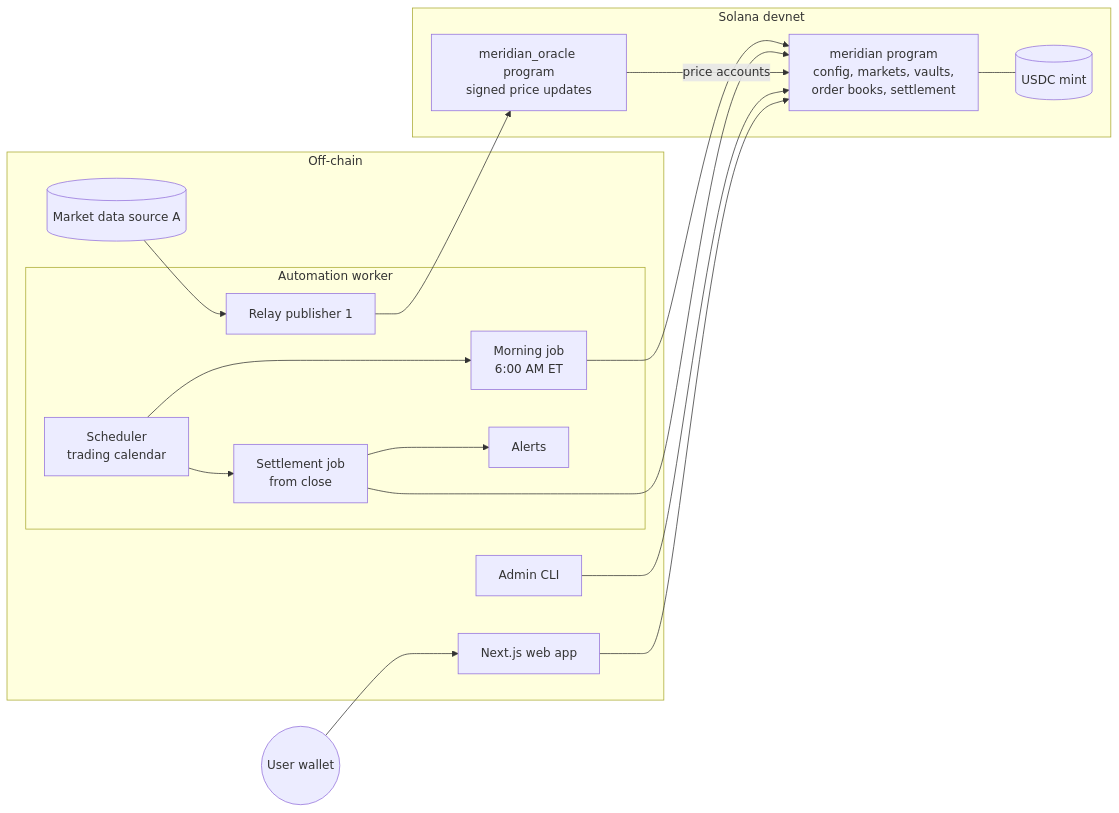
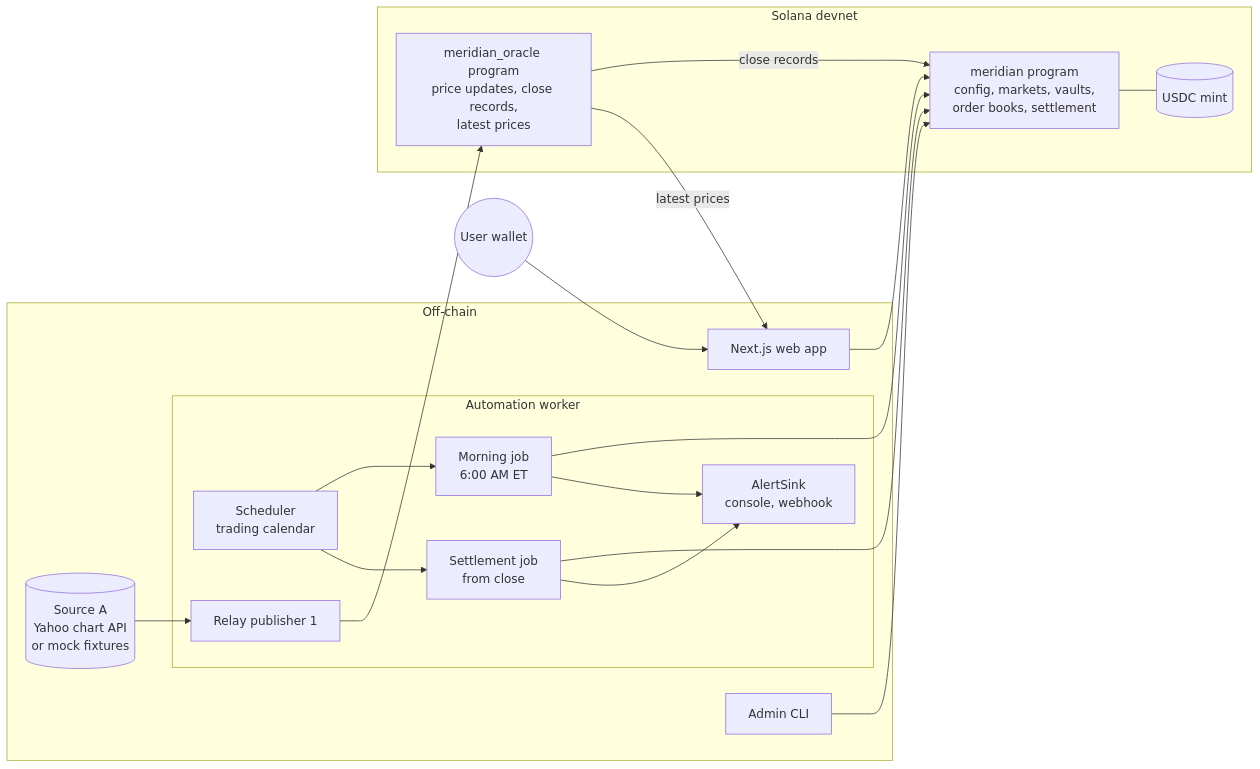
One commit to Joe-Alfaro/Binary-Stock-Outcome-Markets-on-Blockchain changed the diagram in ARCHITECTURE.md. Above: the diagram before and after it, drawn with Mermaid. The commit also changed other lines of this file, not shown here.

First line of the commit message:
docs: update architecture for the Yahoo relay source, +15 min escalation and gotcha requirements

````diff
--- a/ARCHITECTURE.md
+++ b/ARCHITECTURE.md
@@ -30,32 +31,34 @@
 ```mermaid
 flowchart LR
   subgraph OffChain[Off-chain]
-    SrcA[(Market data source A)]
+    SrcA[(Source A<br/>Yahoo chart API<br/>or mock fixtures)]
     subgraph Worker[Automation worker]
       Sched[Scheduler<br/>trading calendar]
       Morning[Morning job<br/>6:00 AM ET]
       Settle[Settlement job<br/>from close]
       Relay1[Relay publisher 1]
-      Alerts[Alerts]
+      Alerts[AlertSink<br/>console, webhook]
     end
     Web[Next.js web app]
     Admin[Admin CLI]
   end
 
   subgraph Solana[Solana devnet]
-    Oracle[meridian_oracle program<br/>signed price updates]
+    Oracle[meridian_oracle program<br/>price updates, close records,<br/>latest prices]
     Core[meridian program<br/>config, markets, vaults,<br/>order books, settlement]
     USDC[(USDC mint)]
   end
 
   Wallet((User wallet))
 
   SrcA --> Relay1 --> Oracle
   Sched --> Morning --> Core
   Sched --> Settle --> Core
-  Oracle -- price accounts --> Core
+  Oracle -- close records --> Core
+  Oracle -- latest prices --> Web
   Settle --> Alerts
+  Morning --> Alerts
   Admin --> Core
   Wallet --> Web --> Core
   Core --- USDC
 ```
````
